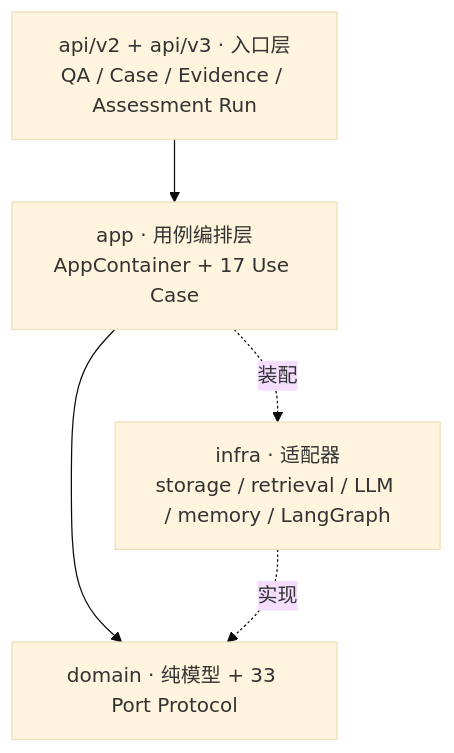
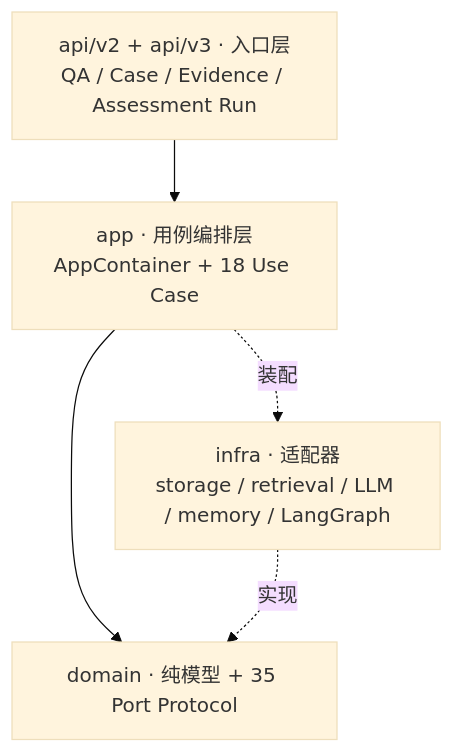
The first of 2 diagrams in README.md (Melodymll01/riskpilot-cross-border-data-agent), drawn with Mermaid (base theme) before and after one commit. The commit also changed other lines of this file and 4 other files, not shown here.

````diff
--- a/README.md
+++ b/README.md
@@ -70,11 +71,11 @@
 ```mermaid
 flowchart TB
     API[api/v2 + api/v3 · 入口层<br/>QA / Case / Evidence / Assessment Run]
-    APP[app · 用例编排层<br/>AppContainer + 17 Use Case]
-    DOMAIN[domain · 纯模型 + 33 Port Protocol]
+    APP[app · 用例编排层<br/>AppContainer + 18 Use Case]
+    DOMAIN[domain · 纯模型 + 35 Port Protocol]
     INFRA[infra · 适配器<br/>storage / retrieval / LLM / memory / LangGraph]
 
     API --> APP --> DOMAIN
     INFRA -.实现.-> DOMAIN
     APP -.装配.-> INFRA
 ```
````
